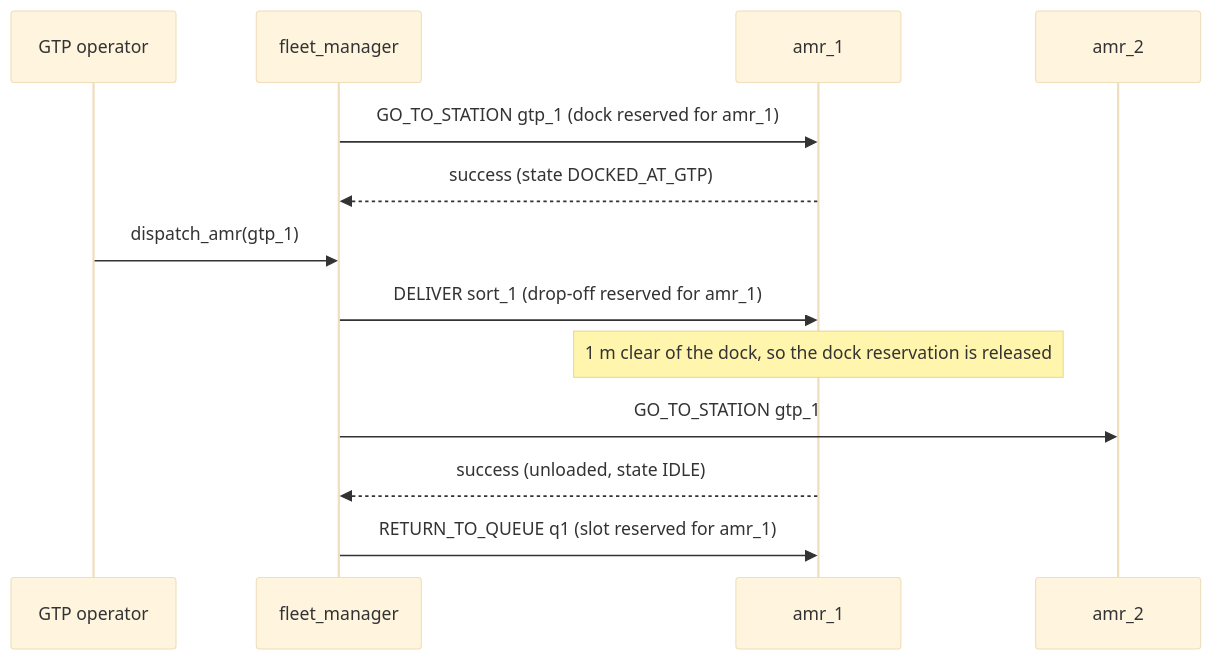
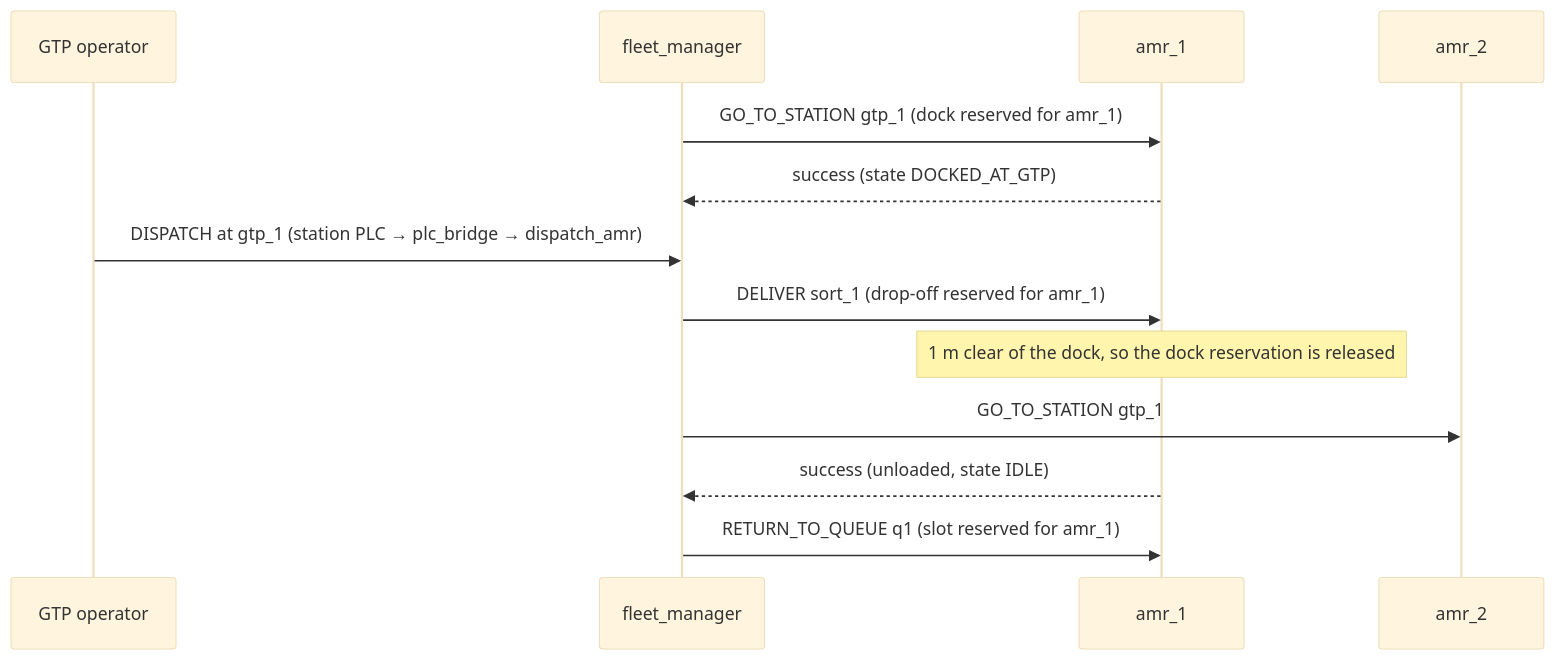
Before and after one commit to mm45561/AMR-gtp-fleet: the second of 2 diagrams in docs/architecture.md, drawn with Mermaid (base theme). The commit also changed other lines of this file and 3 other files, not shown here.

First line of the commit message:
Document the GTP station PLC and screen; fleet.launch.py plc:=true

````diff
--- a/docs/architecture.md
+++ b/docs/architecture.md
@@ -31,15 +38,15 @@
 ```mermaid
 sequenceDiagram
     participant Op as GTP operator
     participant F as fleet_manager
     participant A as amr_1
     participant B as amr_2
     F->>A: GO_TO_STATION gtp_1 (dock reserved for amr_1)
     A-->>F: success (state DOCKED_AT_GTP)
-    Op->>F: dispatch_amr(gtp_1)
+    Op->>F: DISPATCH at gtp_1 (station PLC → plc_bridge → dispatch_amr)
     F->>A: DELIVER sort_1 (drop-off reserved for amr_1)
     Note over A: 1 m clear of the dock, so the dock reservation is released
     F->>B: GO_TO_STATION gtp_1
     A-->>F: success (unloaded, state IDLE)
     F->>A: RETURN_TO_QUEUE q1 (slot reserved for amr_1)
 ```
````
